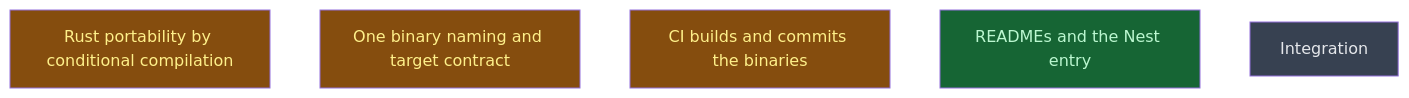
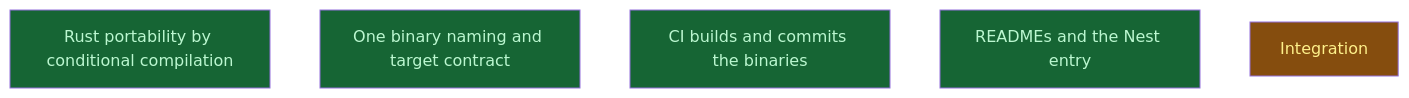
The diagram in __roadmap__/claude_code_release/next/README.md (CrackingShells/Murmuration), drawn with Mermaid before and after one commit. The commit also changed other lines of this file and 1 other file, not shown here.

First line of the commit message:
docs(roadmap): depth-1 leaves landed; verdicts and the Windows path hole

````diff
--- a/__roadmap__/claude_code_release/next/README.md
+++ b/__roadmap__/claude_code_release/next/README.md
@@ -17,13 +17,13 @@
 ```mermaid
 graph TD
-    rust_portability[Rust portability by conditional compilation]:::inprogress
-    targets_contract[One binary naming and target contract]:::inprogress
-    ci_workflow[CI builds and commits the binaries]:::inprogress
+    rust_portability[Rust portability by conditional compilation]:::done
+    targets_contract[One binary naming and target contract]:::done
+    ci_workflow[CI builds and commits the binaries]:::done
     readme_and_nest_prep[READMEs and the Nest entry]:::done
-    next[Integration]:::planned
+    next[Integration]:::inprogress
     classDef done       fill:#166534,color:#bbf7d0
     classDef inprogress fill:#854d0e,color:#fef08a
     classDef planned    fill:#374151,color:#e5e7eb
     classDef amendment  fill:#1e3a5f,color:#bfdbfe
     classDef blocked    fill:#7f1d1d,color:#fecaca
 ```
````
